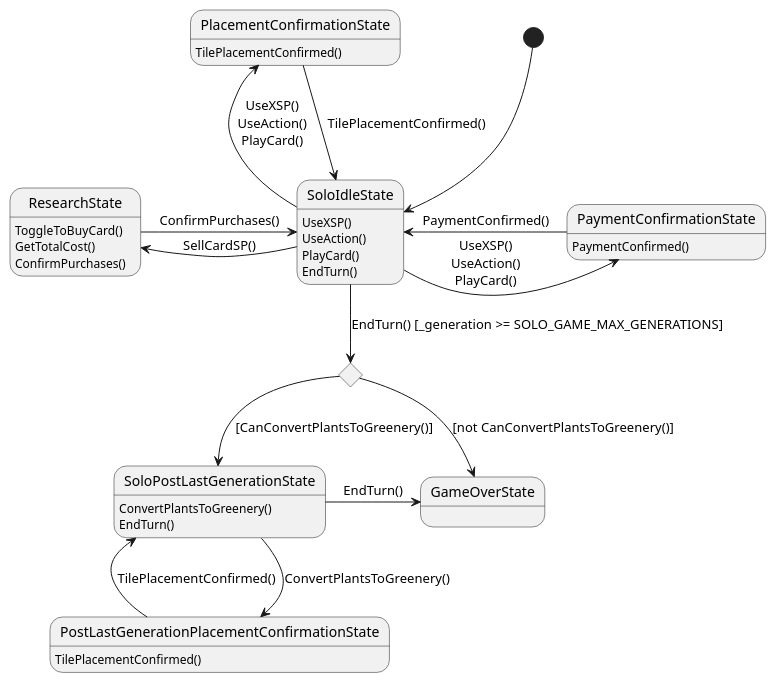
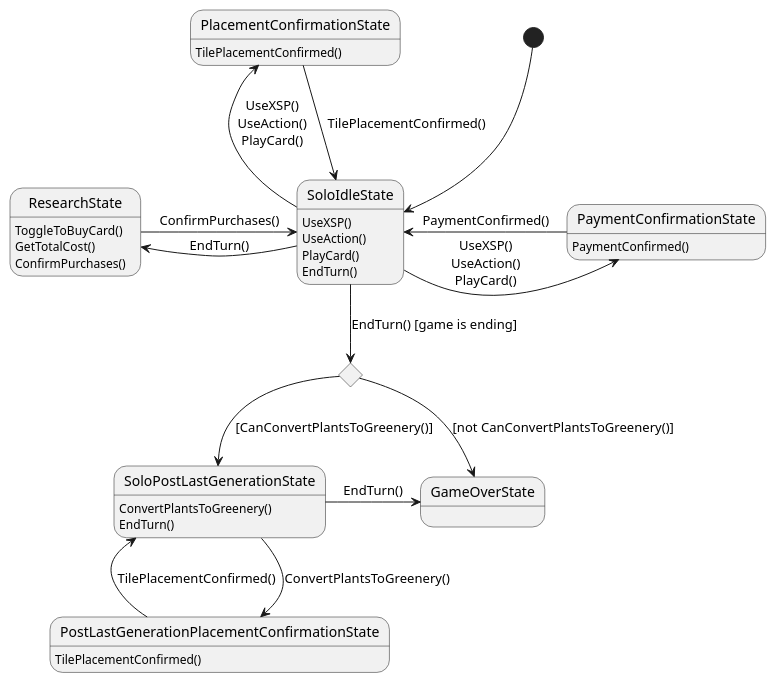
One commit to Nub3rt/thesis changed the diagram in plantuml/state_sologamemodel.puml. Above: the diagram before and after it, drawn with PlantUML. The commit also changed 4 other files, not shown here.

```diff
--- a/plantuml/state_sologamemodel.puml
+++ b/plantuml/state_sologamemodel.puml
@@ -1,48 +1,48 @@
 @startuml state_sologamemodel
 
 state ResearchState
 ResearchState : ToggleToBuyCard()
 ResearchState : GetTotalCost()
 ResearchState : ConfirmPurchases()
 
 state SoloIdleState
 SoloIdleState : UseXSP()
 SoloIdleState : UseAction()
 SoloIdleState : PlayCard()
 SoloIdleState : EndTurn()
 
 state PlacementConfirmationState
 PlacementConfirmationState : TilePlacementConfirmed()
 
 state PaymentConfirmationState
 PaymentConfirmationState : PaymentConfirmed()
 
 state SoloPostLastGenerationState
 SoloPostLastGenerationState : ConvertPlantsToGreenery()
 SoloPostLastGenerationState : EndTurn()
 
 state GameEnd <<choice>>
 
 state PostLastGenerationPlacementConfirmationState
 PostLastGenerationPlacementConfirmationState : TilePlacementConfirmed()
 
 state GameOverState
 
 
 [*] --> SoloIdleState
 
-ResearchState <- SoloIdleState : SellCardSP()
+ResearchState <- SoloIdleState : EndTurn()
 ResearchState -> SoloIdleState : ConfirmPurchases()
 PlacementConfirmationState --> SoloIdleState : TilePlacementConfirmed()
 PlacementConfirmationState <-- SoloIdleState : UseXSP()\nUseAction()\nPlayCard()
 SoloIdleState -> PaymentConfirmationState : UseXSP()\nUseAction()\nPlayCard()
 SoloIdleState <- PaymentConfirmationState : PaymentConfirmed()
 
-SoloIdleState --> GameEnd : EndTurn() [_generation >= SOLO_GAME_MAX_GENERATIONS]
+SoloIdleState --> GameEnd : EndTurn() [game is ending]
 GameEnd --> SoloPostLastGenerationState : [CanConvertPlantsToGreenery()]
 GameEnd --> GameOverState : [not CanConvertPlantsToGreenery()]
 SoloPostLastGenerationState -> GameOverState : EndTurn()
 SoloPostLastGenerationState --> PostLastGenerationPlacementConfirmationState : ConvertPlantsToGreenery()
 SoloPostLastGenerationState <-- PostLastGenerationPlacementConfirmationState : TilePlacementConfirmed()
 
 @enduml
```
